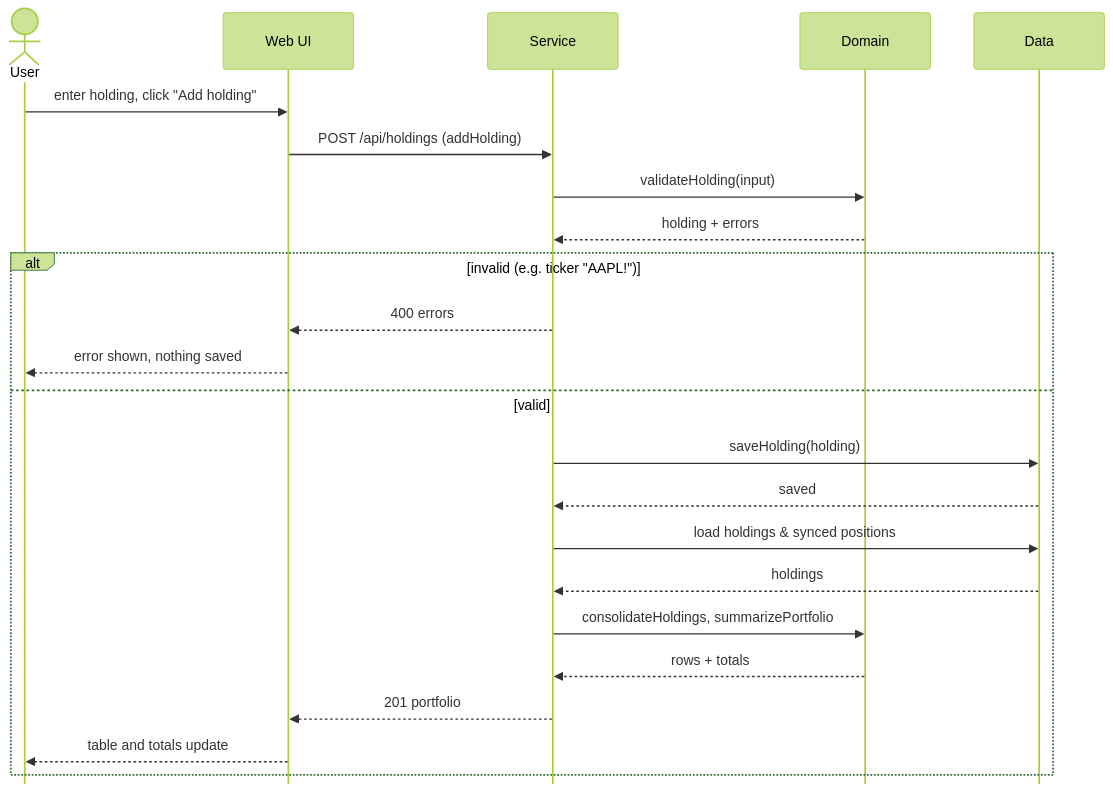
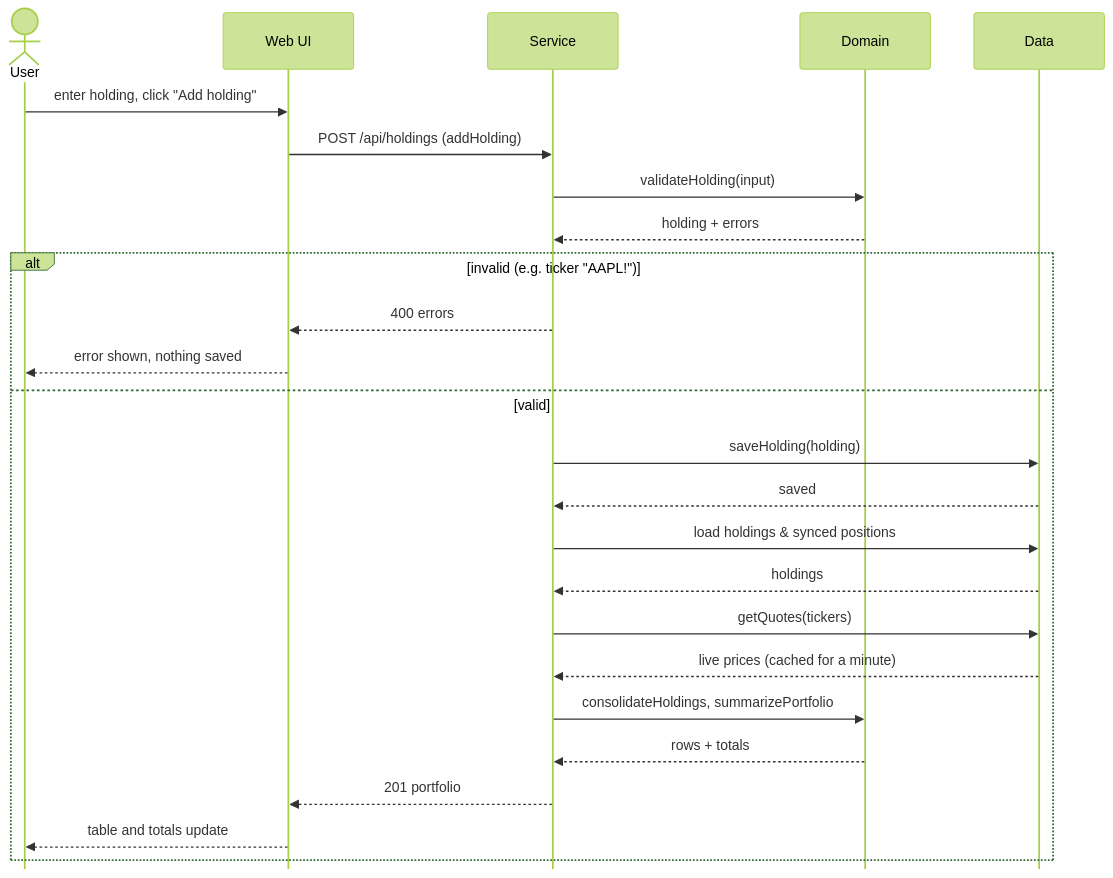
Before and after one commit to dquin144/cen5064-project-quinones: the fourth of 5 diagrams in README.md, drawn with Mermaid (forest theme). The commit also changed other lines of this file and 4 other files, not shown here.

````diff
--- a/README.md
+++ b/README.md
@@ -343,27 +359,29 @@
 ```mermaid
 %%{init: {'sequence': {'messageMargin': 45, 'mirrorActors': false, 'boxMargin': 15}}}%%
 sequenceDiagram
     actor U as User
     participant UI as Web UI
     participant S as Service
     participant Dom as Domain
     participant D as Data
 
     U->>UI: enter holding, click "Add holding"
     UI->>S: POST /api/holdings (addHolding)
     S->>Dom: validateHolding(input)
     Dom-->>S: holding + errors
     alt invalid (e.g. ticker "AAPL!")
         S-->>UI: 400 errors
         UI-->>U: error shown, nothing saved
     else valid
         S->>D: saveHolding(holding)
         D-->>S: saved
         S->>D: load holdings & synced positions
         D-->>S: holdings
+        S->>D: getQuotes(tickers)
+        D-->>S: live prices (cached for a minute)
         S->>Dom: consolidateHoldings, summarizePortfolio
         Dom-->>S: rows + totals
         S-->>UI: 201 portfolio
         UI-->>U: table and totals update
     end
 ```
````
